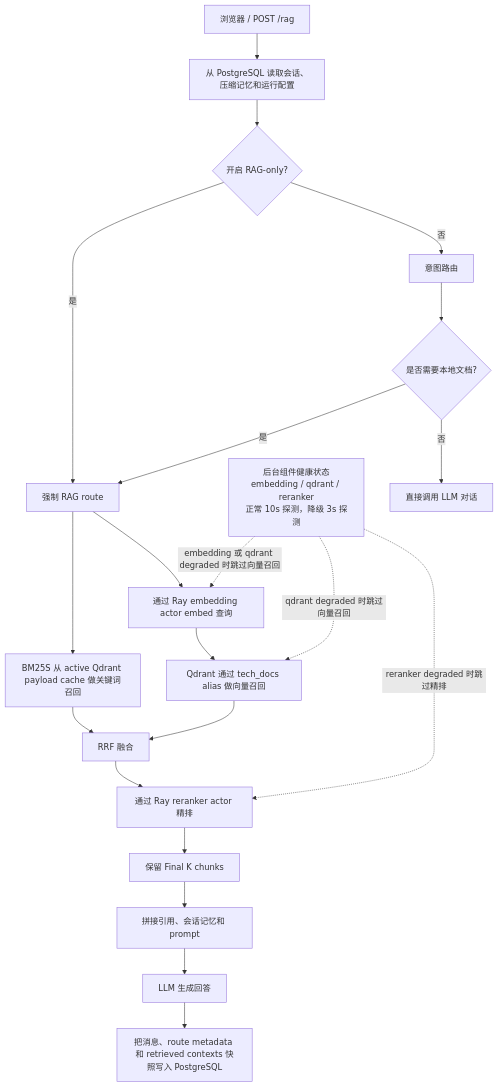
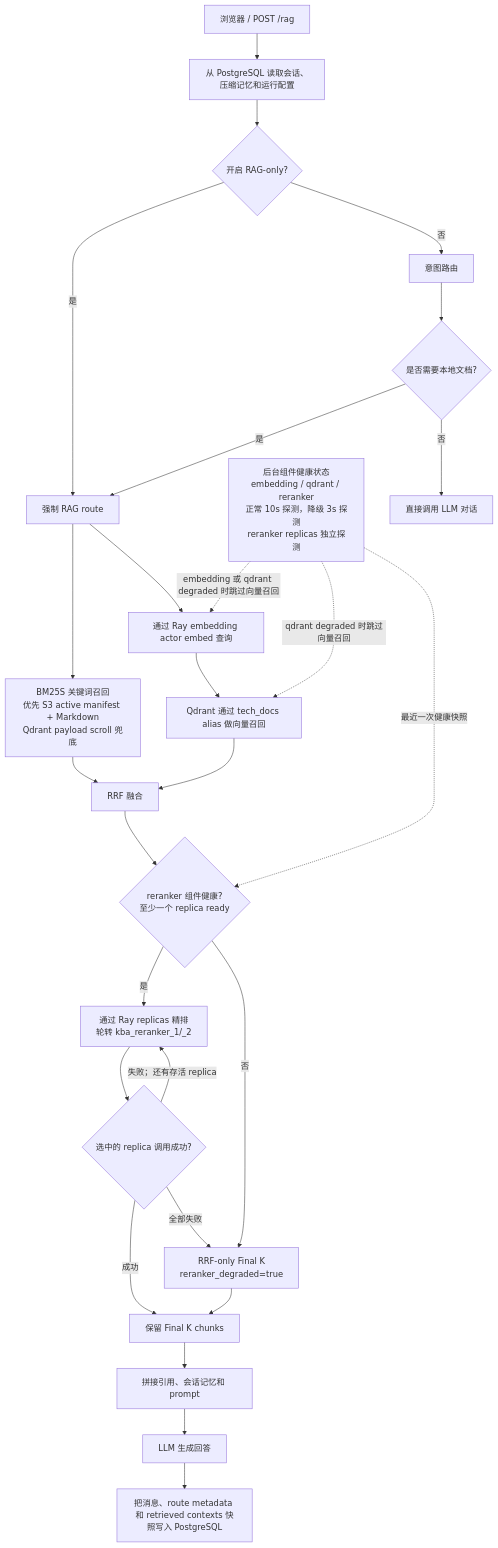
One commit to XingjiaYang/Knowledge-Base-Assistant changed the third of 4 diagrams in readme.zh.md. Above: the diagram before and after it, drawn with Mermaid. The commit also changed other lines of this file and 10 other files, not shown here.

Commit message:
Add reranker replica failover

````diff
--- a/readme.zh.md
+++ b/readme.zh.md
@@ -413,24 +426,30 @@
 ```mermaid
 flowchart TD
     A["浏览器 / POST /rag"] --> B["从 PostgreSQL 读取会话、压缩记忆和运行配置"]
-    P["后台组件健康状态<br/>embedding / qdrant / reranker<br/>正常 10s 探测，降级 3s 探测"]
+    P["后台组件健康状态<br/>embedding / qdrant / reranker<br/>正常 10s 探测，降级 3s 探测<br/>reranker replicas 独立探测"]
     B --> C{"开启 RAG-only?"}
     C -- "是" --> F["强制 RAG route"]
     C -- "否" --> D["意图路由"]
     D --> E{"是否需要本地文档?"}
     E -- "否" --> Z["直接调用 LLM 对话"]
     E -- "是" --> F
     F --> G["通过 Ray embedding actor embed 查询"]
-    F --> H["BM25S 从 active Qdrant payload cache 做关键词召回"]
+    F --> H["BM25S 关键词召回<br/>优先 S3 active manifest + Markdown<br/>Qdrant payload scroll 兜底"]
     G --> I["Qdrant 通过 tech_docs alias 做向量召回"]
     P -. "embedding 或 qdrant degraded 时跳过向量召回" .-> G
     P -. "qdrant degraded 时跳过向量召回" .-> I
     H --> J["RRF 融合"]
     I --> J
-    J --> K["通过 Ray reranker actor 精排"]
-    P -. "reranker degraded 时跳过精排" .-> K
-    K --> L["保留 Final K chunks"]
+    J --> R{"reranker 组件健康?<br/>至少一个 replica ready"}
+    P -. "最近一次健康快照" .-> R
+    R -- "是" --> K["通过 Ray replicas 精排<br/>轮转 kba_reranker_1/_2"]
+    K --> S{"选中的 replica 调用成功?"}
+    S -- "成功" --> L["保留 Final K chunks"]
+    S -- "失败；还有存活 replica" --> K
+    S -- "全部失败" --> U["RRF-only Final K<br/>reranker_degraded=true"]
+    R -- "否" --> U
+    U --> L
     L --> M["拼接引用、会话记忆和 prompt"]
     M --> N["LLM 生成回答"]
     N --> O["把消息、route metadata 和 retrieved contexts 快照写入 PostgreSQL"]
 ```
````
